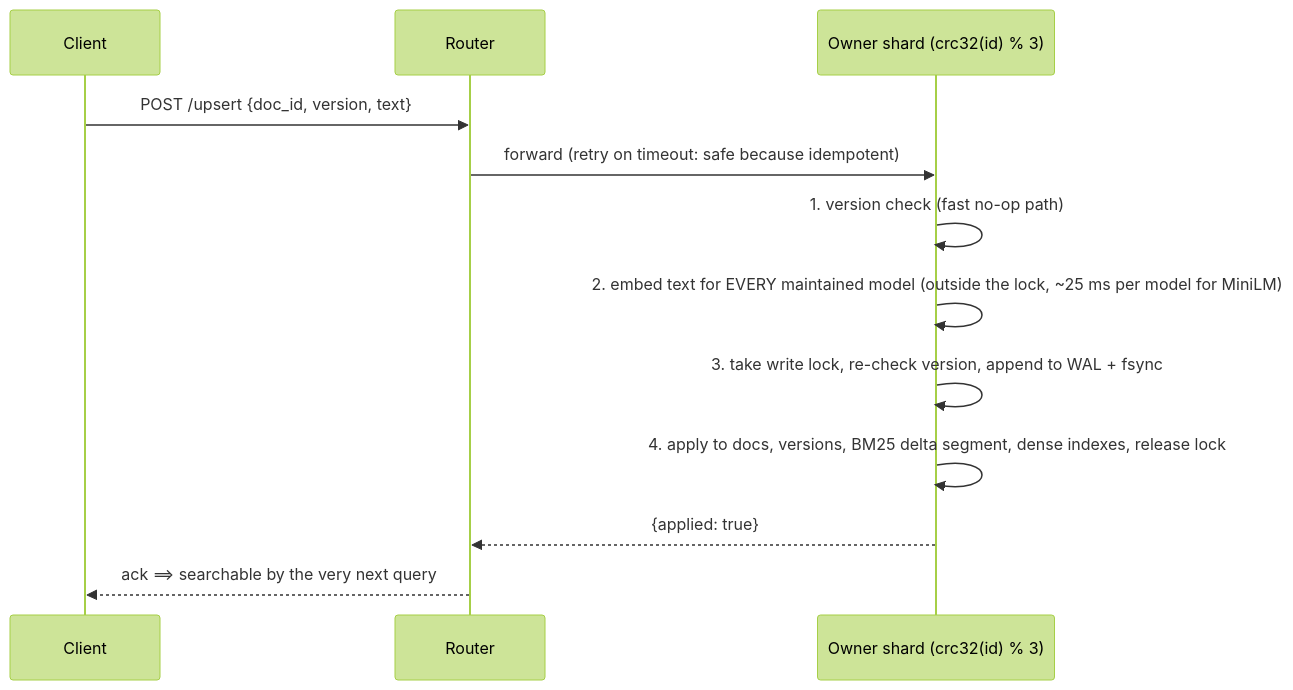
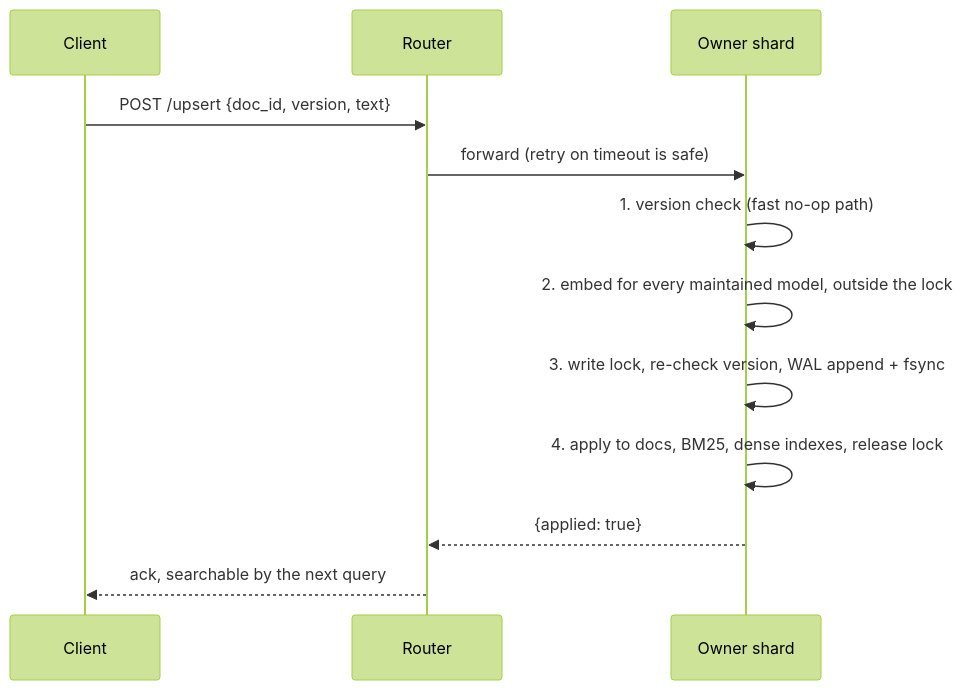
One commit to node31/fiqa-agentic-retrieval changed the first of 2 diagrams in docs/09_live_updates_consistency.md. Above: the diagram before and after it, drawn with Mermaid (forest theme). The commit also changed other lines of this file and 38 other files, not shown here.

````diff
--- a/docs/09_live_updates_consistency.md
+++ b/docs/09_live_updates_consistency.md
@@ -48,14 +37,14 @@
 ```mermaid
 sequenceDiagram
   participant C as Client
   participant R as Router
-  participant S as Owner shard (crc32(id) % 3)
+  participant S as Owner shard
   C->>R: POST /upsert {doc_id, version, text}
-  R->>S: forward (retry on timeout: safe because idempotent)
+  R->>S: forward (retry on timeout is safe)
   S->>S: 1. version check (fast no-op path)
-  S->>S: 2. embed text for EVERY maintained model (outside the lock, ~25 ms per model for MiniLM)
-  S->>S: 3. take write lock, re-check version, append to WAL + fsync
-  S->>S: 4. apply to docs, versions, BM25 delta segment, dense indexes, release lock
+  S->>S: 2. embed for every maintained model, outside the lock
+  S->>S: 3. write lock, re-check version, WAL append + fsync
+  S->>S: 4. apply to docs, BM25, dense indexes, release lock
   S-->>R: {applied: true}
-  R-->>C: ack  ==> searchable by the very next query
+  R-->>C: ack, searchable by the next query
 ```
````
